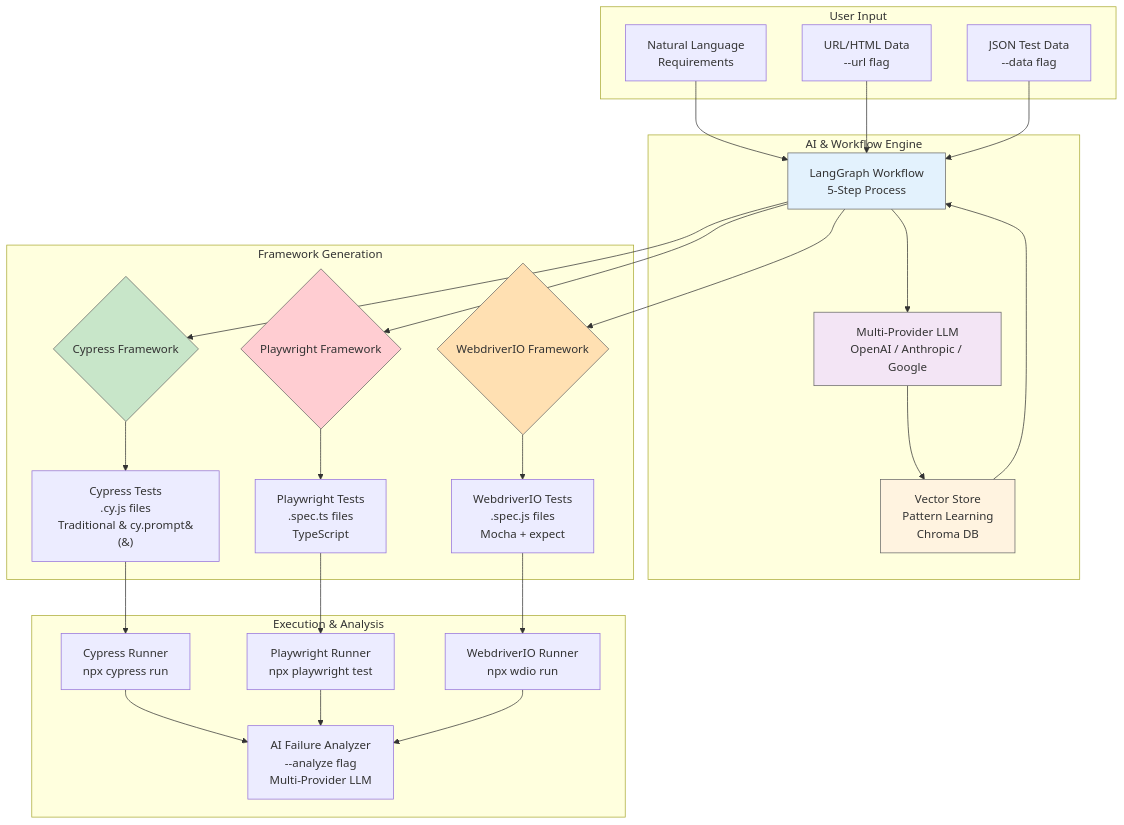
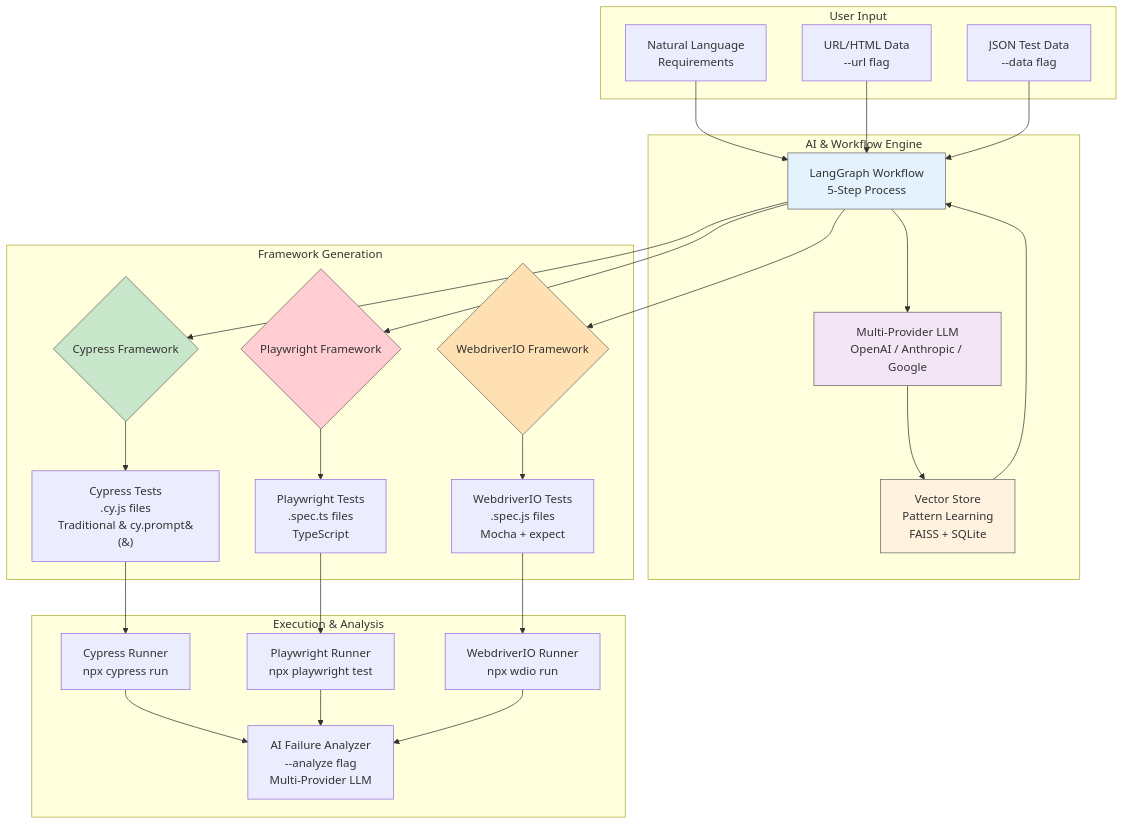
Before and after one commit to aiqualitylab/ai-natural-language-tests: the first of 3 diagrams in README.md, drawn with Mermaid. The commit also changed other lines of this file and 19 other files, not shown here.

````diff
--- a/README.md
+++ b/README.md
@@ -108,56 +110,56 @@
 ```mermaid
 graph TB
     subgraph "User Input"
         A[Natural Language<br/>Requirements]
         B[URL/HTML Data<br/>--url flag]
         C[JSON Test Data<br/>--data flag]
     end
 
     subgraph "AI & Workflow Engine"
         D[LangGraph Workflow<br/>5-Step Process]
         E[Multi-Provider LLM<br/>OpenAI / Anthropic / Google]
-        F[Vector Store<br/>Pattern Learning<br/>Chroma DB]
+        F[Vector Store<br/>Pattern Learning<br/>FAISS + SQLite]
     end
 
     subgraph "Framework Generation"
         G{Cypress Framework}
         H{Playwright Framework}
         W{WebdriverIO Framework}
         I[Cypress Tests<br/>.cy.js files<br/>Traditional & cy.prompt&#40;&#41;]
         J[Playwright Tests<br/>.spec.ts files<br/>TypeScript]
         X[WebdriverIO Tests<br/>.spec.js files<br/>Mocha + expect]
     end
 
     subgraph "Execution & Analysis"
         K[Cypress Runner<br/>npx cypress run]
         L[Playwright Runner<br/>npx playwright test]
         M[AI Failure Analyzer<br/>--analyze flag<br/>Multi-Provider LLM]
         P[WebdriverIO Runner<br/>npx wdio run]
     end
 
     A --> D
     B --> D
     C --> D
     D --> E
     E --> F
     F --> D
     D --> G
     D --> H
     D --> W
     G --> I
     H --> J
     W --> X
     I --> K
     J --> L
     X --> P
     K --> M
     L --> M
     P --> M
 
     style D fill:#e3f2fd,color:#333333,stroke:#666666
     style E fill:#f3e5f5,color:#333333,stroke:#666666
     style F fill:#fff3e0,color:#333333,stroke:#666666
     style G fill:#c8e6c9,color:#333333,stroke:#666666
     style H fill:#ffcdd2,color:#333333,stroke:#666666
     style W fill:#ffe0b2,color:#333333,stroke:#666666
 ```
````
